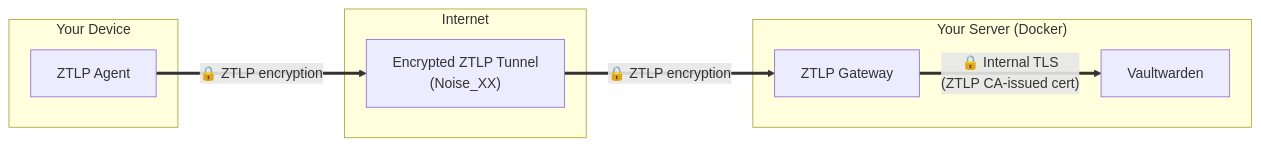
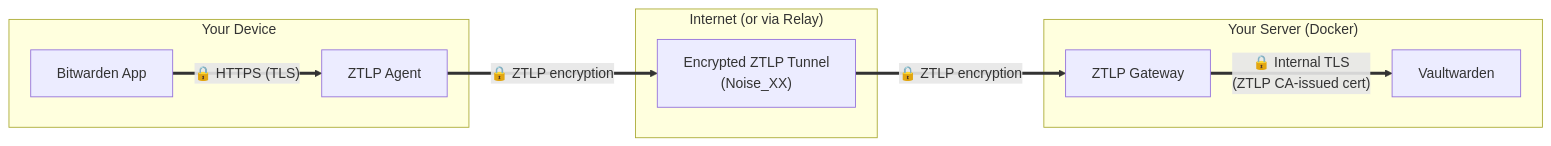
Before and after one commit to priceflex/ztlp: the sixth of 6 diagrams in examples/vaultwarden/README.md, drawn with Mermaid. The commit also changed other lines of this file, not shown here.

Commit message:
docs: update Vaultwarden diagram — double encryption, relay in traffic flow, auto cert provisioning

````diff
--- a/examples/vaultwarden/README.md
+++ b/examples/vaultwarden/README.md
@@ -462,19 +525,21 @@
 ```mermaid
 graph LR
     subgraph Client["Your Device"]
-        Agent["ZTLP Agent"]
+        App2["Bitwarden App"]
+        Agent2["ZTLP Agent"]
     end
 
-    subgraph Tunnel["Internet"]
-        T["Encrypted ZTLP Tunnel<br/>(Noise_XX)"]
+    subgraph Tunnel["Internet (or via Relay)"]
+        T2["Encrypted ZTLP Tunnel<br/>(Noise_XX)"]
     end
 
     subgraph Server["Your Server (Docker)"]
-        GW["ZTLP Gateway"]
-        VW["Vaultwarden"]
+        GW2["ZTLP Gateway"]
+        VW2["Vaultwarden"]
     end
 
-    Agent ==>|"🔒 ZTLP encryption"| T
-    T ==>|"🔒 ZTLP encryption"| GW
-    GW ==>|"🔒 Internal TLS<br/>(ZTLP CA-issued cert)"| VW
+    App2 ==>|"🔒 HTTPS (TLS)"| Agent2
+    Agent2 ==>|"🔒 ZTLP encryption"| T2
+    T2 ==>|"🔒 ZTLP encryption"| GW2
+    GW2 ==>|"🔒 Internal TLS<br/>(ZTLP CA-issued cert)"| VW2
 ```
````
